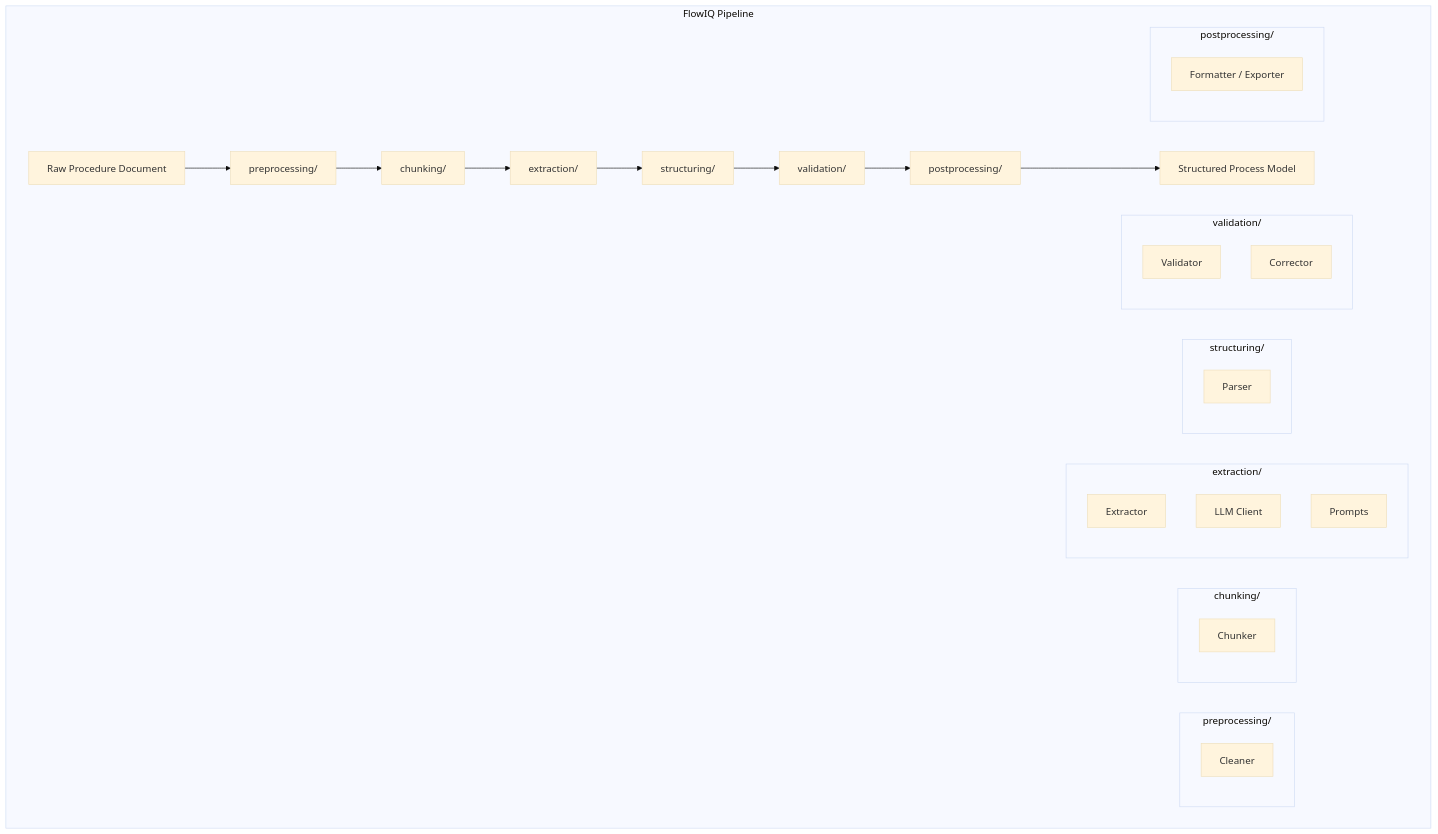
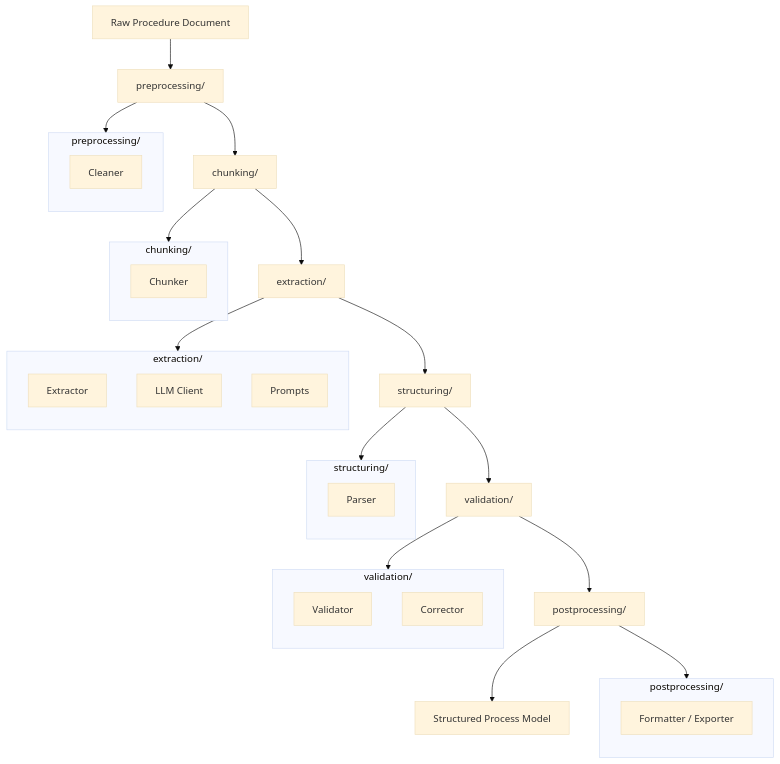
The diagram in README.md (dtminnick/FlowIQ), drawn with Mermaid (base theme) before and after one commit.

Commit message:
More readme updates

````diff
--- a/README.md
+++ b/README.md
@@ -5,48 +5,58 @@
 ```mermaid
 flowchart TD
 
-    subgraph FlowIQ Pipeline
+    %% Main pipeline
+    A[Raw Procedure Document] --> B[preprocessing/]
+    B --> C[chunking/]
+    C --> D[extraction/]
+    D --> E[structuring/]
+    E --> F[validation/]
+    F --> G[postprocessing/]
+    G --> H[Structured Process Model]
 
-        A[Raw Procedure Document] --> B[preprocessing/]
-        B --> C[chunking/]
-        C --> D[extraction/]
-        D --> E[structuring/]
-        E --> F[validation/]
-        F --> G[postprocessing/]
-        G --> H[Structured Process Model]
+    %% Preprocessing
+    B --> B1
+    subgraph preprocessing/
+        direction TB
+        B1[Cleaner]
+    end
 
-        %% Proprocessing
-        subgraph preprocessing/
-            B1[Cleaner]
-        end
+    %% Chunking
+    C --> C1
+    subgraph chunking/
+        direction TB
+        C1[Chunker]
+    end
 
-        %% Chunking
-        subgraph chunking/
-            C1[Chunker]
-        end
+    %% Extraction
+    D --> D1
+    subgraph extraction/
+        direction TB
+        D1[Extractor]
+        D2[LLM Client]
+        D3[Prompts]
+    end
 
-        %% Extraction
-        subgraph extraction/
-            D1[Extractor]
-            D2[LLM Client]
-            D3[Prompts]
-        end
+    %% Structuring
+    E --> E1
+    subgraph structuring/
+        direction TB
+        E1[Parser]
+    end
 
-        %% Structuring
-        subgraph structuring/
-            E1[Parser]
-        end
+    %% Validation
+    F --> F1
+    subgraph validation/
+        direction TB
+        F1[Validator]
+        F2[Corrector]
+    end
 
-        %% Validation
-        subgraph validation/
-            F1[Validator]
-            F2[Corrector]
-        end
+    %% Postprocessing
+    G --> G1
+    subgraph postprocessing/
+        direction TB
+        G1[Formatter / Exporter]
+    end
 
-        %% Postprocessing
-        subgraph postprocessing/
-            G1[Formatter / Exporter]
-        end
-
-    end
 ```
````
